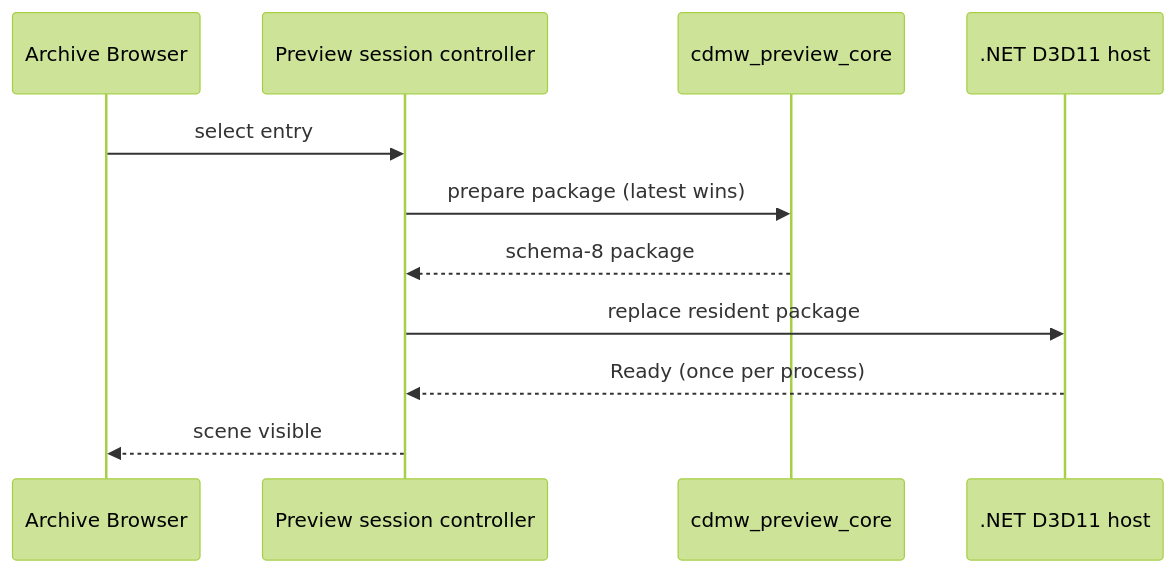
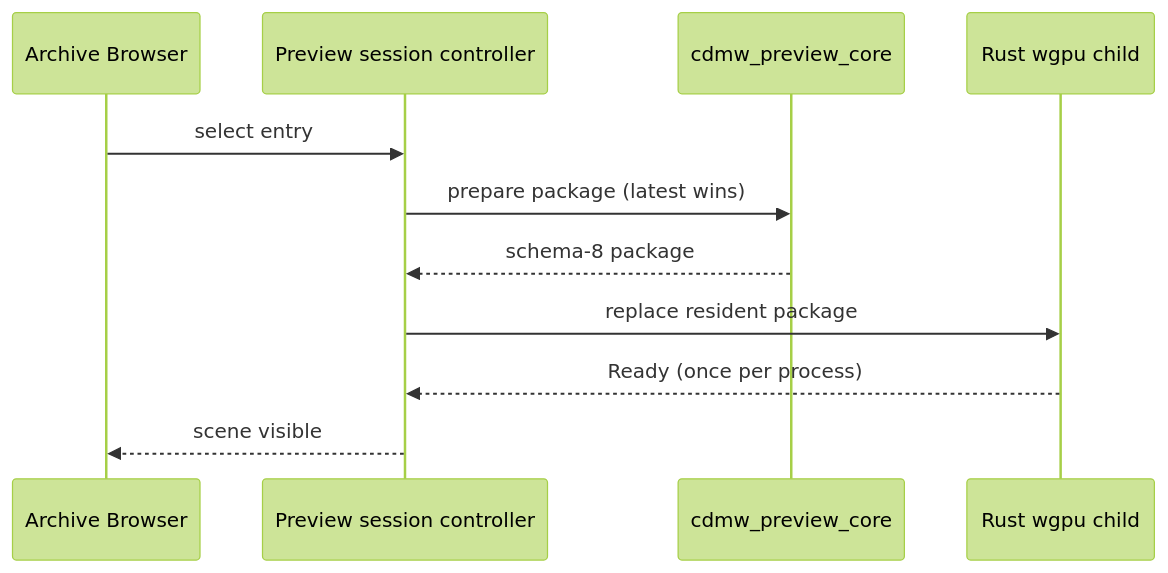
The fourth of 5 diagrams in README.md (Ratty123/CDMW-Full), drawn with Mermaid (forest theme) before and after one commit. The commit also changed other lines of this file and 178 other files, not shown here.

Commit message:
Replace production previews with Rust

````diff
--- a/README.md
+++ b/README.md
@@ -339,14 +338,14 @@
 ```mermaid
 sequenceDiagram
     participant UI as Archive Browser
     participant SESS as Preview session controller
     participant PREV as cdmw_preview_core
-    participant NET as .NET D3D11 host
+    participant RUST as Rust wgpu child
 
     UI->>SESS: select entry
     SESS->>PREV: prepare package (latest wins)
     PREV-->>SESS: schema-8 package
-    SESS->>NET: replace resident package
-    NET-->>SESS: Ready (once per process)
+    SESS->>RUST: replace resident package
+    RUST-->>SESS: Ready (once per process)
     SESS-->>UI: scene visible
 ```
````
